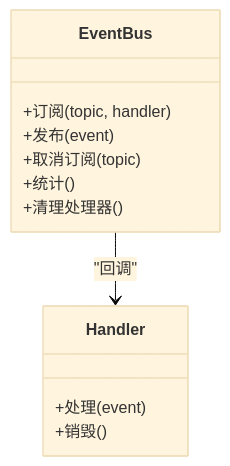
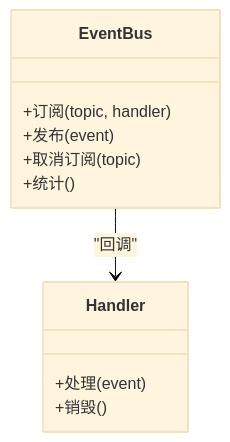
The eighth of 12 diagrams in .qoder/repowiki/zh/content/运行时系统/运行时核心.md (Ivandanslespace/thegreatnovel), drawn with Mermaid (base theme) before and after one commit. The commit also changed other lines of this file and 100 other files, not shown here.

````diff
--- a/.qoder/repowiki/zh/content/运行时系统/运行时核心.md
+++ b/.qoder/repowiki/zh/content/运行时系统/运行时核心.md
@@ -355,15 +403,14 @@
 ```mermaid
 classDiagram
 class EventBus {
 +订阅(topic, handler)
 +发布(event)
 +取消订阅(topic)
 +统计()
-+清理处理器()
 }
 class Handler {
 +处理(event)
 +销毁()
 }
 EventBus --> Handler : "回调"
 ```
````
